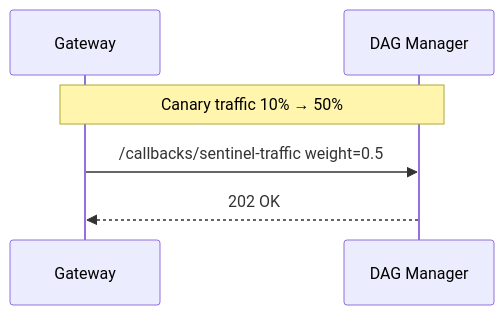
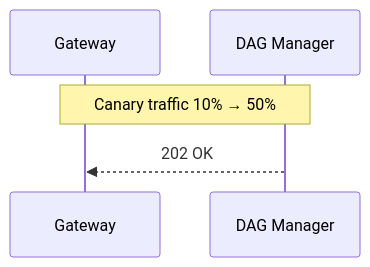
The diagram in docs/architecture/dag-manager.md (hyophyop/qmtl), drawn with Mermaid before and after one commit. The commit also changed other lines of this file and 20 other files, not shown here.

````diff
--- a/docs/architecture/dag-manager.md
+++ b/docs/architecture/dag-manager.md
@@ -201,8 +200,7 @@
 ```mermaid
 sequenceDiagram
     participant G as Gateway
     participant D as DAG Manager
     Note over G,D: Canary traffic 10% → 50%
-    G->>D: /callbacks/sentinel-traffic weight=0.5
-    D-->>G: 202 OK
+        D-->>G: 202 OK
 ```
````
